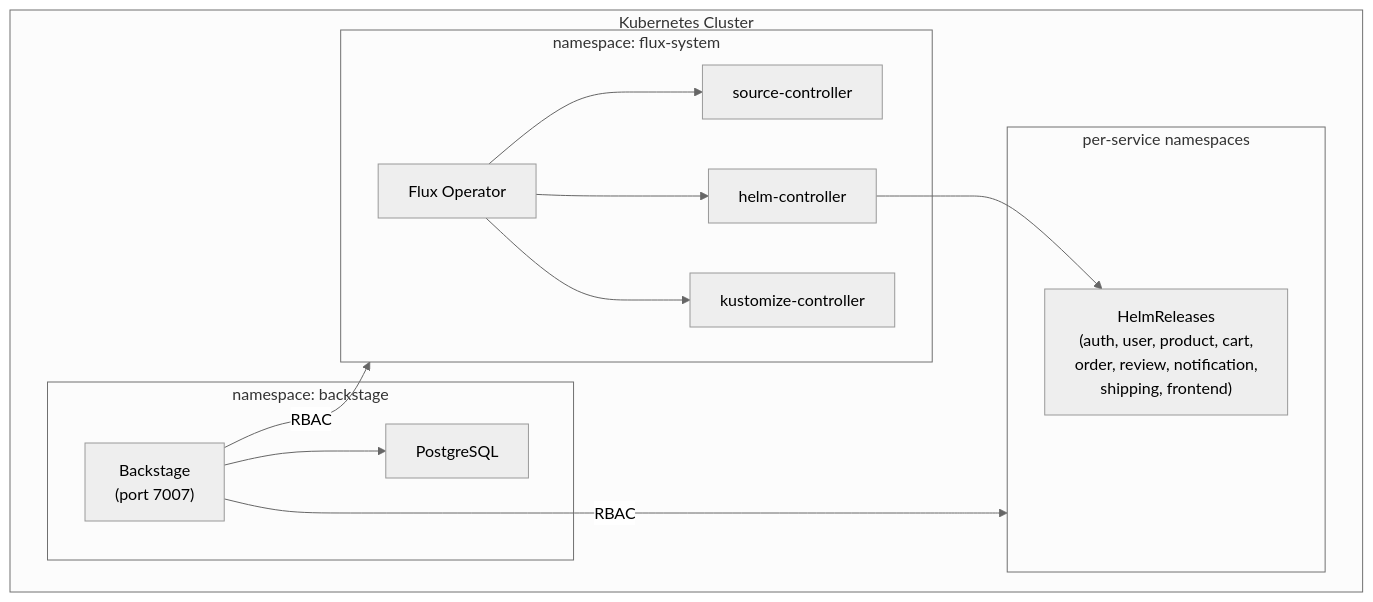
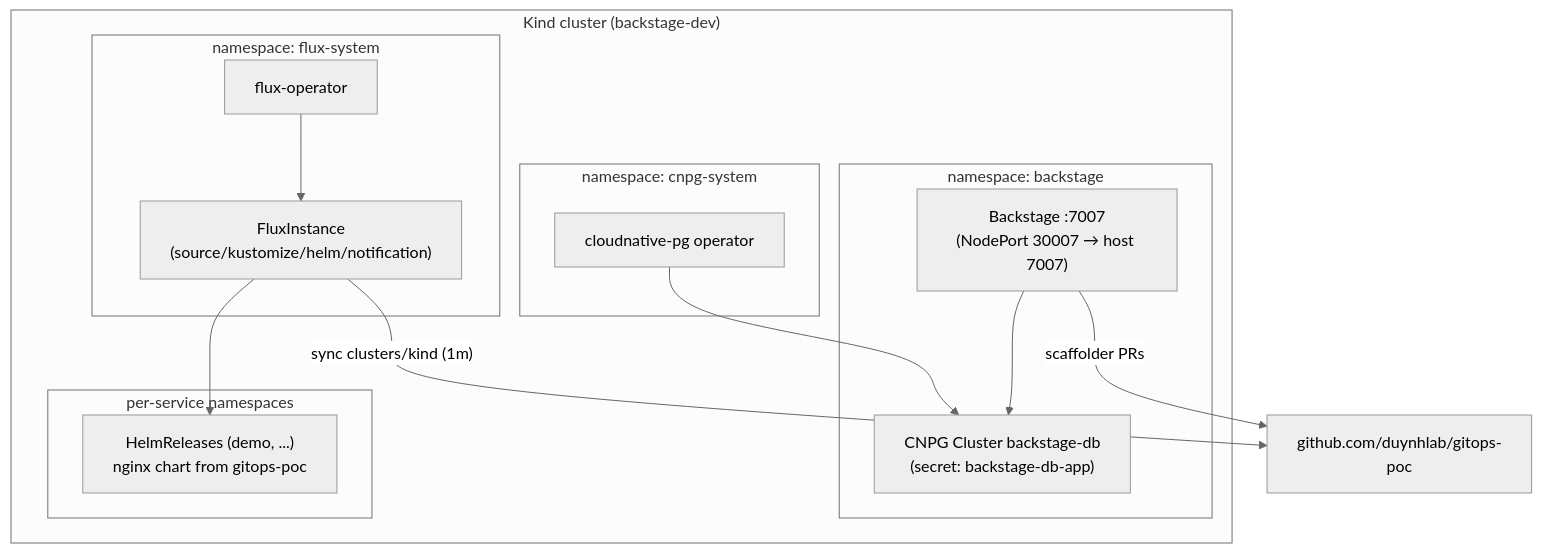
One commit to duynhlab/backstage changed the diagram in deploy/README.md. Above: the diagram before and after it, drawn with Mermaid (neutral theme). The commit also changed other lines of this file and 32 other files, not shown here.

First line of the commit message:
feat: complete self-service POC — helmfile stack, CNPG database, PR-based templates

````diff
--- a/deploy/README.md
+++ b/deploy/README.md
@@ -7,25 +15,24 @@
 ```mermaid
 flowchart TD
-    subgraph cluster ["Kubernetes Cluster"]
+    subgraph kind ["Kind cluster (backstage-dev)"]
         subgraph nsBackstage ["namespace: backstage"]
-            PG["PostgreSQL"]
-            BS["Backstage\n(port 7007)"]
-            BS --> PG
+            DB["CNPG Cluster backstage-db\n(secret: backstage-db-app)"]
+            BS["Backstage :7007\n(NodePort 30007 → host 7007)"]
+            BS --> DB
+        end
+        subgraph nsCnpg ["namespace: cnpg-system"]
+            CNPG["cloudnative-pg operator"]
         end
         subgraph nsFlux ["namespace: flux-system"]
-            FluxOp["Flux Operator"]
-            SrcCtrl["source-controller"]
-            HelmCtrl["helm-controller"]
-            KustCtrl["kustomize-controller"]
-            FluxOp --> SrcCtrl
-            FluxOp --> HelmCtrl
-            FluxOp --> KustCtrl
+            FluxOp["flux-operator"] --> Flux["FluxInstance\n(source/kustomize/helm/notification)"]
         end
-        subgraph nsServices ["per-service namespaces"]
-            HR["HelmReleases\n(auth, user, product, cart,\norder, review, notification,\nshipping, frontend)"]
+        subgraph apps ["per-service namespaces"]
+            HR["HelmReleases (demo, ...)\nnginx chart from gitops-poc"]
         end
-        BS -->|"RBAC"| nsFlux
-        BS -->|"RBAC"| nsServices
-        HelmCtrl --> HR
+        CNPG --> DB
+        Flux --> HR
     end
+    GitOps["github.com/duynhlab/gitops-poc"]
+    Flux -->|"sync clusters/kind (1m)"| GitOps
+    BS -->|"scaffolder PRs"| GitOps
 ```
````
